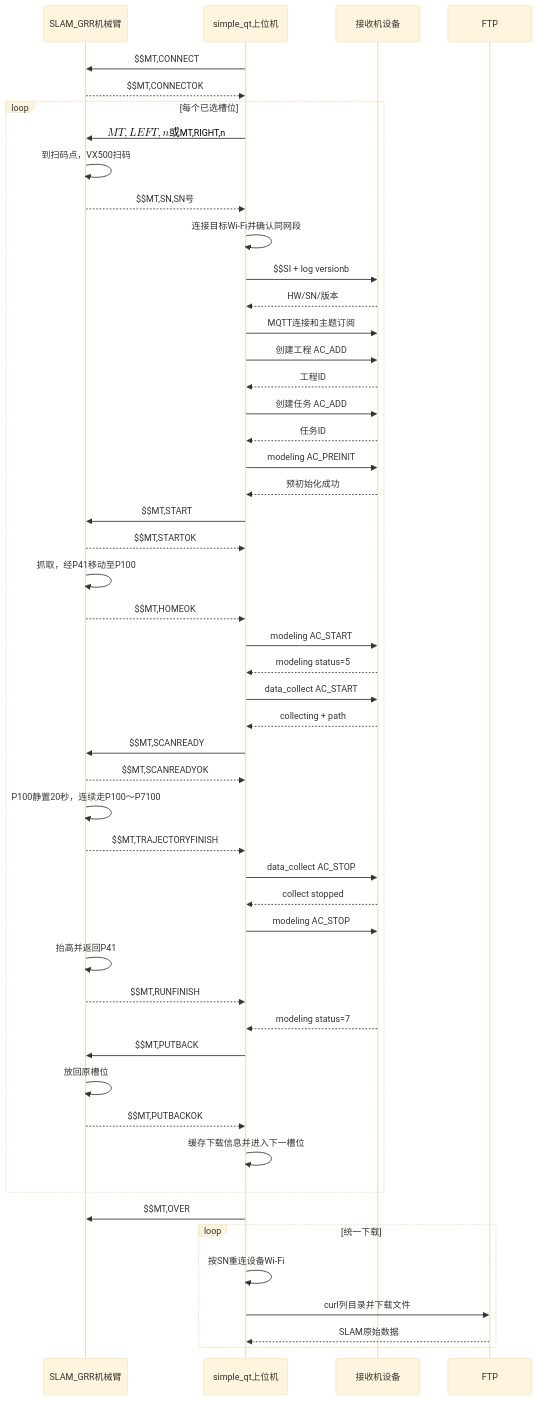
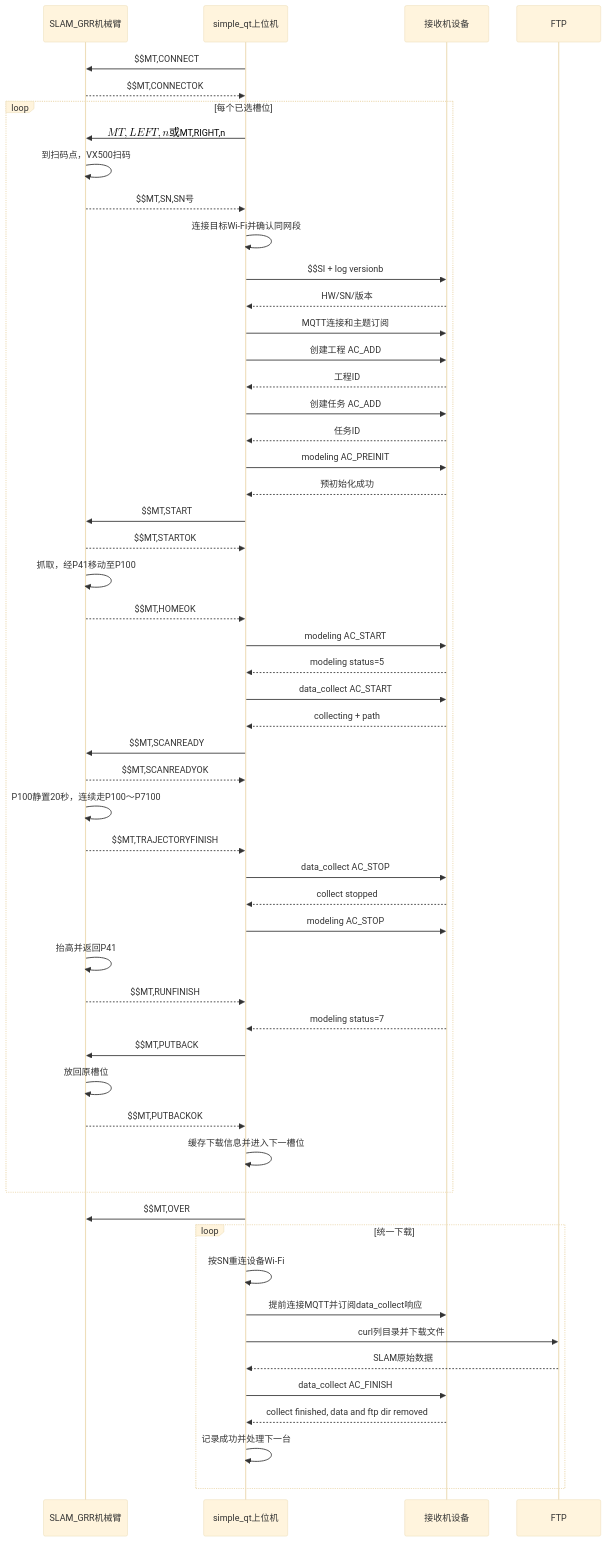
Before and after one commit to longqidai/simple_qt: the first of 2 diagrams in docs/simple_qt与SLAM_GRR_SLAM标定开发说明手册.md, drawn with Mermaid (base theme). The commit also changed other lines of this file and 6 other files, not shown here.

Commit message:
Update calibration flowcharts

````diff
--- a/docs/simple_qt与SLAM_GRR_SLAM标定开发说明手册.md
+++ b/docs/simple_qt与SLAM_GRR_SLAM标定开发说明手册.md
@@ -34,53 +34,57 @@
 ```mermaid
 sequenceDiagram
     participant A as SLAM_GRR机械臂
     participant H as simple_qt上位机
     participant D as 接收机设备
     participant F as FTP
 
     H->>A: $$MT,CONNECT
     A-->>H: $$MT,CONNECTOK
     loop 每个已选槽位
         H->>A: $$MT,LEFT,n 或 $$MT,RIGHT,n
         A->>A: 到扫码点，VX500扫码
         A-->>H: $$MT,SN,SN号
         H->>H: 连接目标Wi-Fi并确认同网段
         H->>D: $$SI + log versionb
         D-->>H: HW/SN/版本
         H->>D: MQTT连接和主题订阅
         H->>D: 创建工程 AC_ADD
         D-->>H: 工程ID
         H->>D: 创建任务 AC_ADD
         D-->>H: 任务ID
         H->>D: modeling AC_PREINIT
         D-->>H: 预初始化成功
         H->>A: $$MT,START
         A-->>H: $$MT,STARTOK
         A->>A: 抓取，经P41移动至P100
         A-->>H: $$MT,HOMEOK
         H->>D: modeling AC_START
         D-->>H: modeling status=5
         H->>D: data_collect AC_START
         D-->>H: collecting + path
         H->>A: $$MT,SCANREADY
         A-->>H: $$MT,SCANREADYOK
         A->>A: P100静置20秒，连续走P100～P7100
         A-->>H: $$MT,TRAJECTORYFINISH
         H->>D: data_collect AC_STOP
         D-->>H: collect stopped
         H->>D: modeling AC_STOP
         A->>A: 抬高并返回P41
         A-->>H: $$MT,RUNFINISH
         D-->>H: modeling status=7
         H->>A: $$MT,PUTBACK
         A->>A: 放回原槽位
         A-->>H: $$MT,PUTBACKOK
         H->>H: 缓存下载信息并进入下一槽位
     end
     H->>A: $$MT,OVER
     loop 统一下载
         H->>H: 按SN重连设备Wi-Fi
+        H->>D: 提前连接MQTT并订阅data_collect响应
         H->>F: curl列目录并下载文件
         F-->>H: SLAM原始数据
+        H->>D: data_collect AC_FINISH
+        D-->>H: collect finished, data and ftp dir removed
+        H->>H: 记录成功并处理下一台
     end
 ```
````
